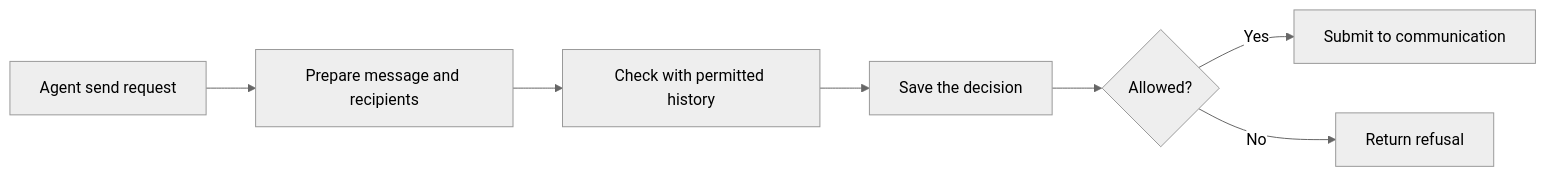
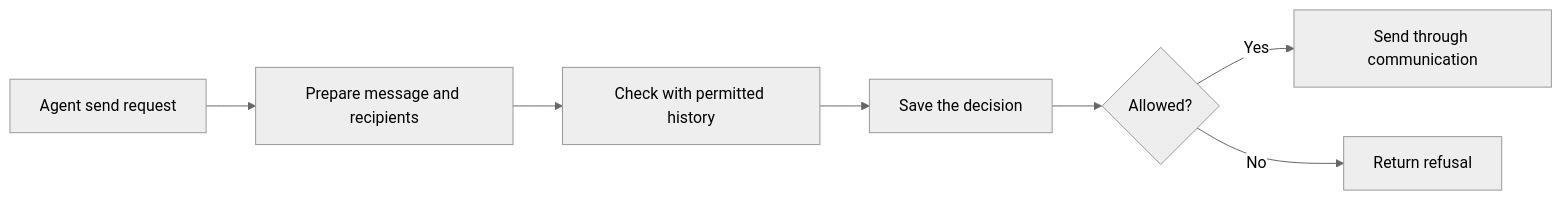
The third of 3 diagrams in packages/social-harness/src/harness/README.md (chughtapan/moltzap-staging), drawn with Mermaid (neutral theme) before and after one commit. The commit also changed other lines of this file and 12 other files, not shown here.

````diff
--- a/packages/social-harness/src/harness/README.md
+++ b/packages/social-harness/src/harness/README.md
@@ -38,9 +42,9 @@
 ```mermaid
 flowchart LR
   A[Agent send request] --> B[Prepare message and recipients]
   B --> C[Check with permitted history]
   C --> D[Save the decision]
   D --> E{Allowed?}
-  E -->|Yes| F[Submit to communication]
+  E -->|Yes| F[Send through communication]
   E -->|No| G[Return refusal]
 ```
````
